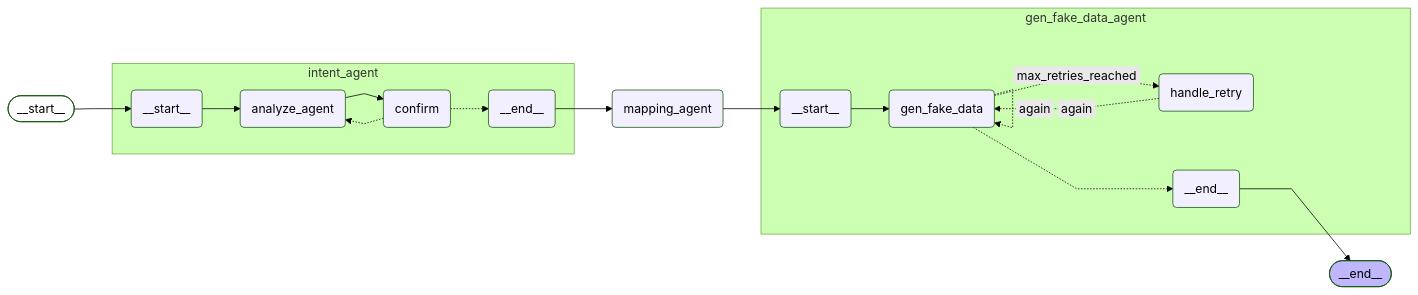
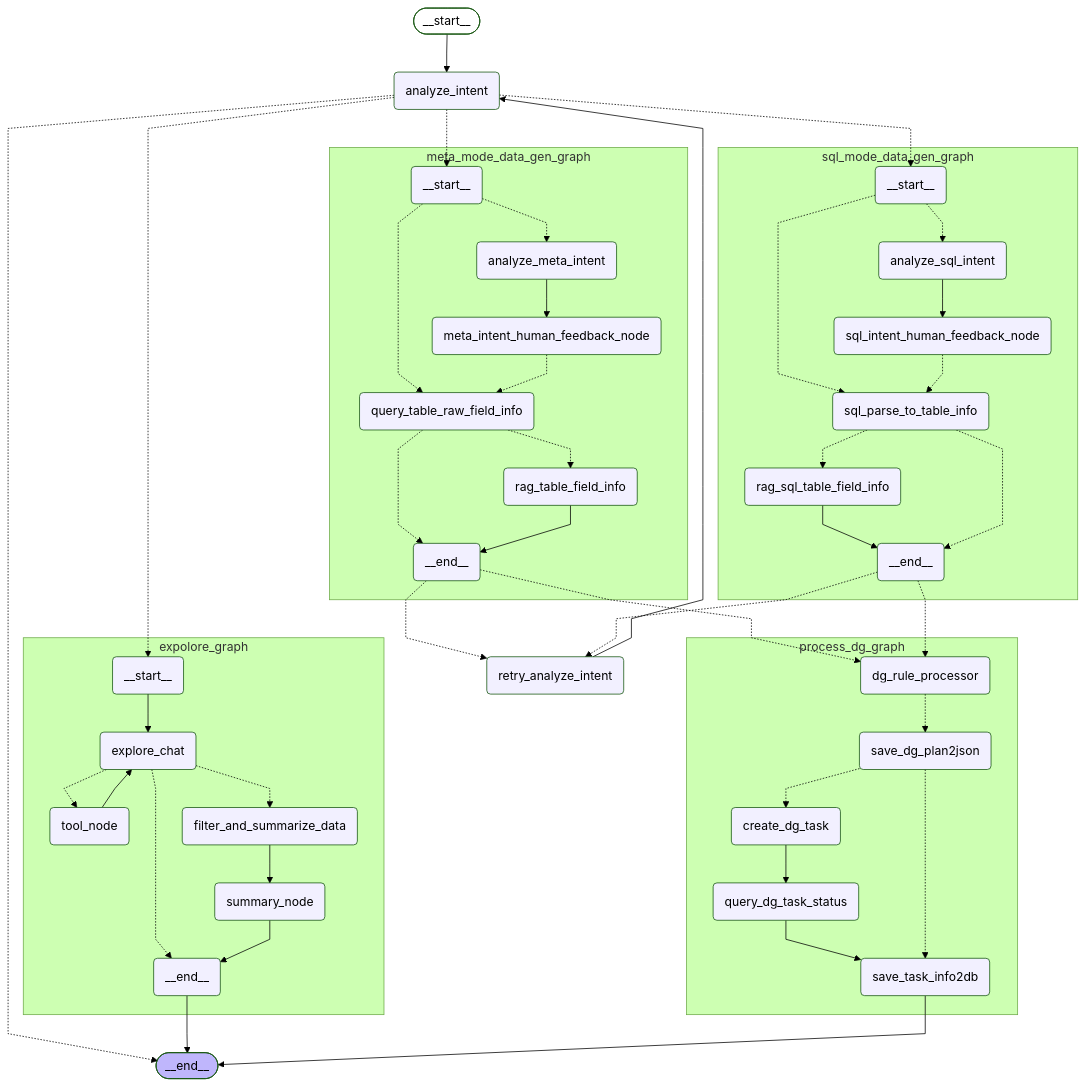
One commit to toddlerya/DataForge changed the diagram in design/GRAPH.mmd. Above: the diagram before and after it, drawn with Mermaid (forest theme). The commit also changed 11 other files, not shown here.

Commit message:
解决图状态路由错误问题

```diff
--- a/design/GRAPH.mmd
+++ b/design/GRAPH.mmd
@@ -1,37 +1,82 @@
 ---
 config:
   flowchart:
     curve: linear
 ---
-graph LR;
+graph TD;
         __start__([<p>__start__</p>]):::first
-        mapping_agent(mapping_agent)
+        analyze_intent(analyze_intent)
+        retry_analyze_intent(retry_analyze_intent)
         __end__([<p>__end__</p>]):::last
-        __start__ --> intent_agent___start__;
-        intent_agent___end__ --> mapping_agent;
-        mapping_agent --> gen_fake_data_agent___start__;
-        gen_fake_data_agent___end__ --> __end__;
-        subgraph intent_agent
-        intent_agent___start__(<p>__start__</p>)
-        intent_agent_analyze_agent(analyze_agent)
-        intent_agent_confirm(confirm)
-        intent_agent___end__(<p>__end__</p>)
-        intent_agent___start__ --> intent_agent_analyze_agent;
-        intent_agent_analyze_agent --> intent_agent_confirm;
-        intent_agent_confirm -.-> intent_agent_analyze_agent;
-        intent_agent_confirm -.-> intent_agent___end__;
+        __start__ --> analyze_intent;
+        analyze_intent -.-> expolore_graph___start__;
+        analyze_intent -.-> meta_mode_data_gen_graph___start__;
+        analyze_intent -.-> sql_mode_data_gen_graph___start__;
+        meta_mode_data_gen_graph___end__ -.-> process_dg_graph_dg_rule_processor;
+        meta_mode_data_gen_graph___end__ -.-> retry_analyze_intent;
+        retry_analyze_intent --> analyze_intent;
+        sql_mode_data_gen_graph___end__ -.-> process_dg_graph_dg_rule_processor;
+        sql_mode_data_gen_graph___end__ -.-> retry_analyze_intent;
+        analyze_intent -.-> __end__;
+        expolore_graph___end__ --> __end__;
+        process_dg_graph_save_task_info2db --> __end__;
+        subgraph expolore_graph
+        expolore_graph___start__(<p>__start__</p>)
+        expolore_graph_tool_node(tool_node)
+        expolore_graph_explore_chat(explore_chat)
+        expolore_graph_filter_and_summarize_data(filter_and_summarize_data)
+        expolore_graph_summary_node(summary_node)
+        expolore_graph___end__(<p>__end__</p>)
+        expolore_graph___start__ --> expolore_graph_explore_chat;
+        expolore_graph_explore_chat -.-> expolore_graph_filter_and_summarize_data;
+        expolore_graph_explore_chat -.-> expolore_graph_tool_node;
+        expolore_graph_filter_and_summarize_data --> expolore_graph_summary_node;
+        expolore_graph_tool_node --> expolore_graph_explore_chat;
+        expolore_graph_explore_chat -.-> expolore_graph___end__;
+        expolore_graph_summary_node --> expolore_graph___end__;
         end
-        subgraph gen_fake_data_agent
-        gen_fake_data_agent___start__(<p>__start__</p>)
-        gen_fake_data_agent_gen_fake_data(gen_fake_data)
-        gen_fake_data_agent_handle_retry(handle_retry)
-        gen_fake_data_agent___end__(<p>__end__</p>)
-        gen_fake_data_agent___start__ --> gen_fake_data_agent_gen_fake_data;
-        gen_fake_data_agent_gen_fake_data -. &nbsp;max_retries_reached&nbsp; .-> gen_fake_data_agent_handle_retry;
-        gen_fake_data_agent_handle_retry -. &nbsp;again&nbsp; .-> gen_fake_data_agent_gen_fake_data;
-        gen_fake_data_agent_gen_fake_data -.-> gen_fake_data_agent___end__;
-        gen_fake_data_agent_gen_fake_data -. &nbsp;again&nbsp; .-> gen_fake_data_agent_gen_fake_data;
+        subgraph meta_mode_data_gen_graph
+        meta_mode_data_gen_graph___start__(<p>__start__</p>)
+        meta_mode_data_gen_graph_analyze_meta_intent(analyze_meta_intent)
+        meta_mode_data_gen_graph_meta_intent_human_feedback_node(meta_intent_human_feedback_node)
+        meta_mode_data_gen_graph_query_table_raw_field_info(query_table_raw_field_info)
+        meta_mode_data_gen_graph_rag_table_field_info(rag_table_field_info)
+        meta_mode_data_gen_graph___end__(<p>__end__</p>)
+        meta_mode_data_gen_graph___start__ -.-> meta_mode_data_gen_graph_analyze_meta_intent;
+        meta_mode_data_gen_graph___start__ -.-> meta_mode_data_gen_graph_query_table_raw_field_info;
+        meta_mode_data_gen_graph_analyze_meta_intent --> meta_mode_data_gen_graph_meta_intent_human_feedback_node;
+        meta_mode_data_gen_graph_meta_intent_human_feedback_node -.-> meta_mode_data_gen_graph_query_table_raw_field_info;
+        meta_mode_data_gen_graph_query_table_raw_field_info -.-> meta_mode_data_gen_graph_rag_table_field_info;
+        meta_mode_data_gen_graph_query_table_raw_field_info -.-> meta_mode_data_gen_graph___end__;
+        meta_mode_data_gen_graph_rag_table_field_info --> meta_mode_data_gen_graph___end__;
+        end
+        subgraph sql_mode_data_gen_graph
+        sql_mode_data_gen_graph___start__(<p>__start__</p>)
+        sql_mode_data_gen_graph_analyze_sql_intent(analyze_sql_intent)
+        sql_mode_data_gen_graph_sql_intent_human_feedback_node(sql_intent_human_feedback_node)
+        sql_mode_data_gen_graph_sql_parse_to_table_info(sql_parse_to_table_info)
+        sql_mode_data_gen_graph_rag_sql_table_field_info(rag_sql_table_field_info)
+        sql_mode_data_gen_graph___end__(<p>__end__</p>)
+        sql_mode_data_gen_graph___start__ -.-> sql_mode_data_gen_graph_analyze_sql_intent;
+        sql_mode_data_gen_graph___start__ -.-> sql_mode_data_gen_graph_sql_parse_to_table_info;
+        sql_mode_data_gen_graph_analyze_sql_intent --> sql_mode_data_gen_graph_sql_intent_human_feedback_node;
+        sql_mode_data_gen_graph_sql_intent_human_feedback_node -.-> sql_mode_data_gen_graph_sql_parse_to_table_info;
+        sql_mode_data_gen_graph_sql_parse_to_table_info -.-> sql_mode_data_gen_graph_rag_sql_table_field_info;
+        sql_mode_data_gen_graph_rag_sql_table_field_info --> sql_mode_data_gen_graph___end__;
+        sql_mode_data_gen_graph_sql_parse_to_table_info -.-> sql_mode_data_gen_graph___end__;
+        end
+        subgraph process_dg_graph
+        process_dg_graph_dg_rule_processor(dg_rule_processor)
+        process_dg_graph_save_dg_plan2json(save_dg_plan2json)
+        process_dg_graph_create_dg_task(create_dg_task)
+        process_dg_graph_query_dg_task_status(query_dg_task_status)
+        process_dg_graph_save_task_info2db(save_task_info2db)
+        process_dg_graph_create_dg_task --> process_dg_graph_query_dg_task_status;
+        process_dg_graph_dg_rule_processor -.-> process_dg_graph_save_dg_plan2json;
+        process_dg_graph_query_dg_task_status --> process_dg_graph_save_task_info2db;
+        process_dg_graph_save_dg_plan2json -.-> process_dg_graph_create_dg_task;
+        process_dg_graph_save_dg_plan2json -.-> process_dg_graph_save_task_info2db;
         end
         classDef default fill:#f2f0ff,line-height:1.2
         classDef first fill-opacity:0
         classDef last fill:#bfb6fc
```
